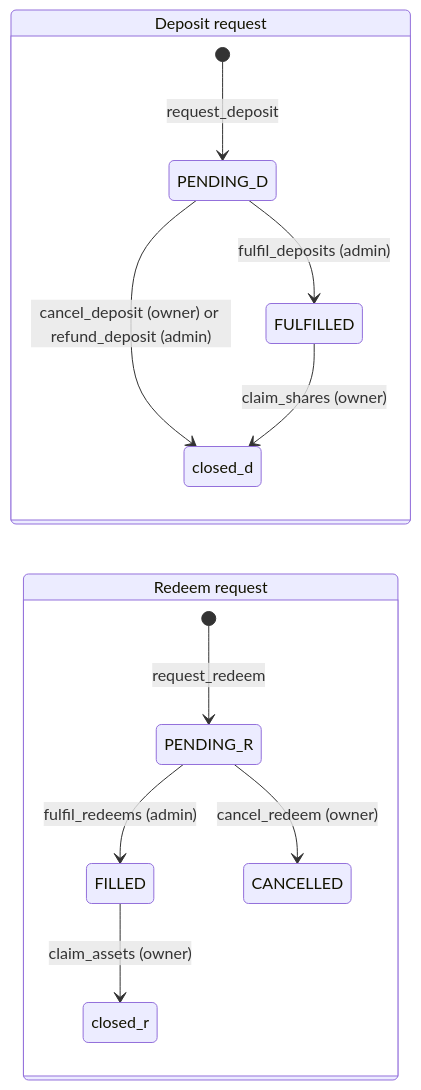
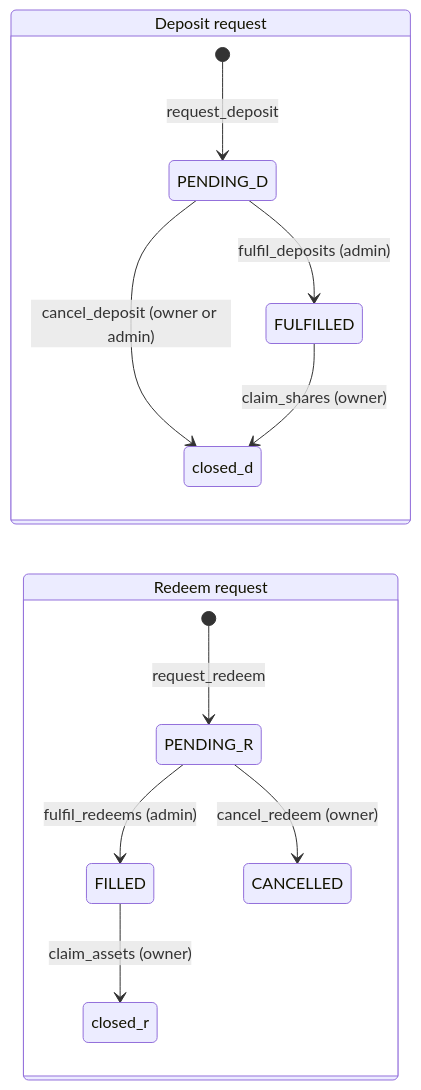
Before and after one commit to mutav-finance/mutav-protocol-solana: the second of 2 diagrams in docs/technical-resources/program-reference.md, drawn with Mermaid. The commit also changed other lines of this file and 41 other files, not shown here.

````diff
--- a/docs/technical-resources/program-reference.md
+++ b/docs/technical-resources/program-reference.md
@@ -355,16 +356,16 @@
 ```mermaid
 stateDiagram-v2
   direction LR
   state "Deposit request" as D {
     [*] --> PENDING_D: request_deposit
     PENDING_D --> FULFILLED: fulfil_deposits (admin)
-    PENDING_D --> closed_d: cancel_deposit (owner) or refund_deposit (admin)
+    PENDING_D --> closed_d: cancel_deposit (owner or admin)
     FULFILLED --> closed_d: claim_shares (owner)
   }
   state "Redeem request" as R {
     [*] --> PENDING_R: request_redeem
     PENDING_R --> FILLED: fulfil_redeems (admin)
     PENDING_R --> CANCELLED: cancel_redeem (owner)
     FILLED --> closed_r: claim_assets (owner)
   }
 ```
````
